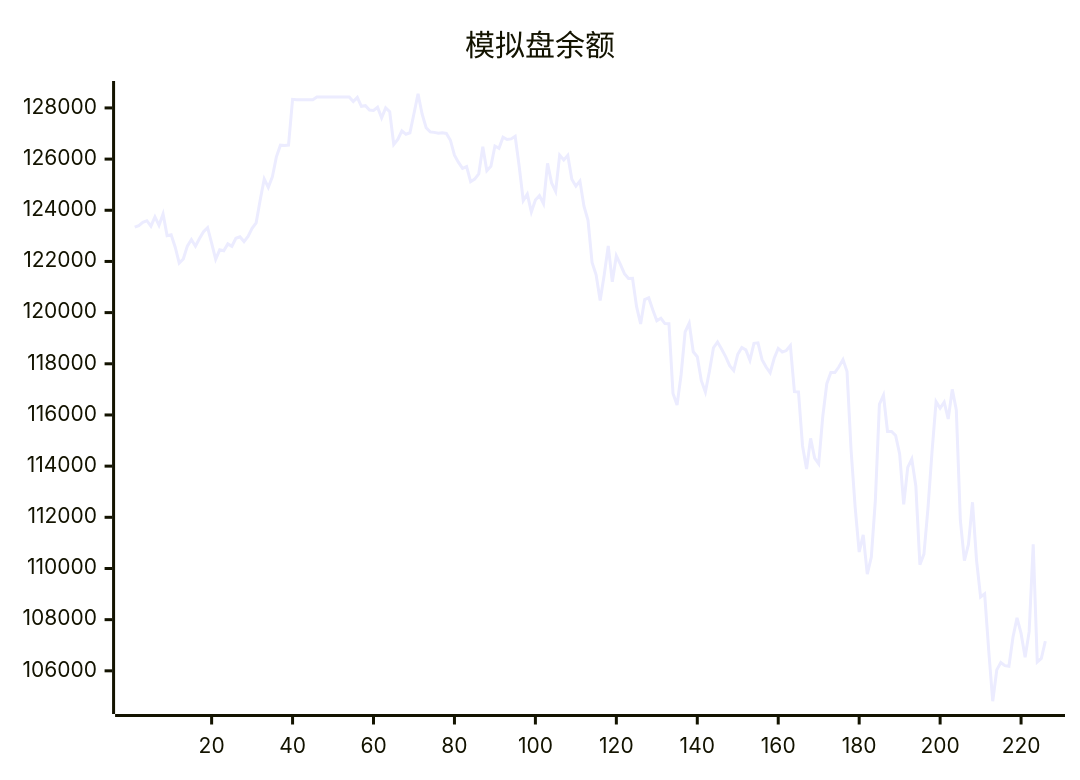
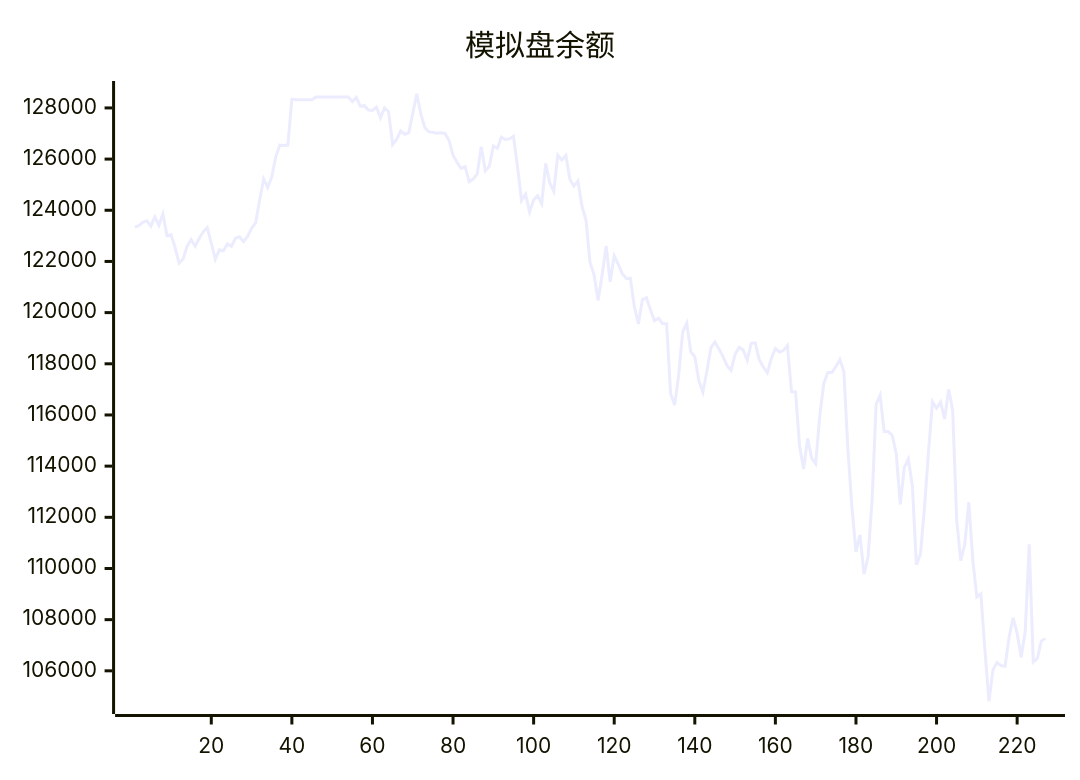
The diagram in README.md (aahl/ai-trading), drawn with Mermaid before and after one commit. The commit also changed other lines of this file and 1 other file, not shown here.

````diff
--- a/README.md
+++ b/README.md
@@ -5,5 +5,5 @@
 ```mermaid
 xychart
     title "模拟盘余额"
-    line [123338,123402,123530,123592,123378,123745,123413,123853,123009,123040,122557,121938,122095,122599,122856,122597,122898,123160,123319,122719,122087,122454,122416,122685,122592,122907,122961,122776,122981,123295,123507,124403,125224,124894,125303,126088,126544,126534,126549,128335,128318,128318,128318,128318,128318,128424,128424,128424,128424,128424,128424,128424,128424,128424,128247,128412,128062,128087,127917,127901,128026,127611,128000,127850,126572,126770,127100,126971,127029,127783,128554,127765,127224,127064,127044,127009,127025,127004,126738,126152,125871,125635,125707,125117,125217,125420,126480,125545,125715,126511,126424,126856,126764,126788,126890,125710,124381,124632,123936,124402,124574,124256,125833,125070,124739,126154,125966,126145,125213,124943,125143,124157,123604,121959,121476,120476,121470,122610,121201,122221,121889,121522,121332,121344,120232,119559,120513,120577,120108,119680,119777,119572,119568,116839,116392,117573,119250,119585,118469,118277,117338,116897,117706,118628,118849,118579,118280,117926,117735,118373,118639,118544,118136,118798,118819,118162,117874,117649,118215,118601,118463,118517,118713,116911,116899,114798,113887,115084,114313,114091,115934,117221,117658,117658,117883,118164,117693,114632,112403,110644,111313,109777,110444,112673,116419,116772,115355,115355,115198,114476,112510,113954,114276,113223,110151,110561,112361,114562,116522,116265,116500,115845,117000,116199,111887,110306,110942,112588,110318,108891,109011,106814,104811,106038,106327,106201,106180,107315,108068,107463,106528,107530,110941,106346,106482,107161]
+    line [123338,123402,123530,123592,123378,123745,123413,123853,123009,123040,122557,121938,122095,122599,122856,122597,122898,123160,123319,122719,122087,122454,122416,122685,122592,122907,122961,122776,122981,123295,123507,124403,125224,124894,125303,126088,126544,126534,126549,128335,128318,128318,128318,128318,128318,128424,128424,128424,128424,128424,128424,128424,128424,128424,128247,128412,128062,128087,127917,127901,128026,127611,128000,127850,126572,126770,127100,126971,127029,127783,128554,127765,127224,127064,127044,127009,127025,127004,126738,126152,125871,125635,125707,125117,125217,125420,126480,125545,125715,126511,126424,126856,126764,126788,126890,125710,124381,124632,123936,124402,124574,124256,125833,125070,124739,126154,125966,126145,125213,124943,125143,124157,123604,121959,121476,120476,121470,122610,121201,122221,121889,121522,121332,121344,120232,119559,120513,120577,120108,119680,119777,119572,119568,116839,116392,117573,119250,119585,118469,118277,117338,116897,117706,118628,118849,118579,118280,117926,117735,118373,118639,118544,118136,118798,118819,118162,117874,117649,118215,118601,118463,118517,118713,116911,116899,114798,113887,115084,114313,114091,115934,117221,117658,117658,117883,118164,117693,114632,112403,110644,111313,109777,110444,112673,116419,116772,115355,115355,115198,114476,112510,113954,114276,113223,110151,110561,112361,114562,116522,116265,116500,115845,117000,116199,111887,110306,110942,112588,110318,108891,109011,106814,104811,106038,106327,106201,106180,107315,108068,107463,106528,107530,110941,106346,106482,107161,107268]
 ```
````
